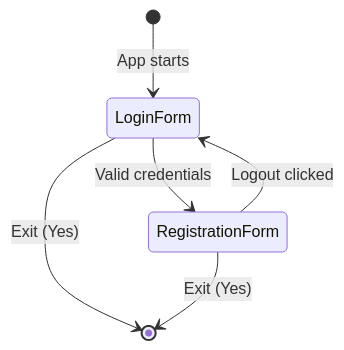
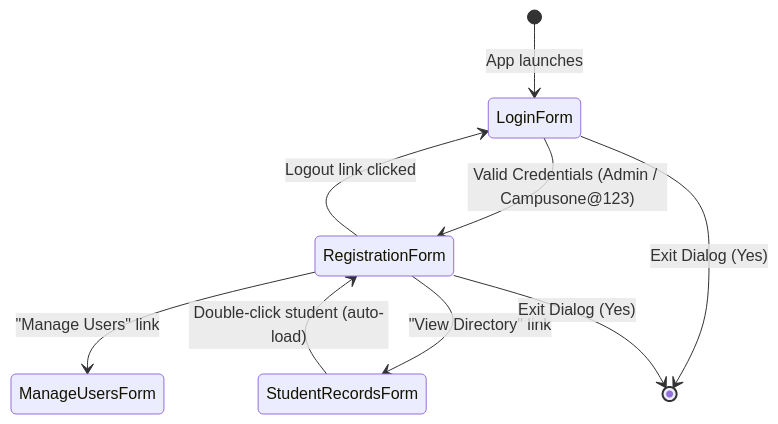
The third of 3 diagrams in docs/ARCHITECTURE.md (DimathJayasinghe/campus-one-digital-academy), drawn with Mermaid before and after one commit. The commit also changed other lines of this file and 14 other files, not shown here.

First line of the commit message:
feat: enhance registration form, add student directory & user management forms

````diff
--- a/docs/ARCHITECTURE.md
+++ b/docs/ARCHITECTURE.md
@@ -92,8 +107,12 @@
 ```mermaid
 stateDiagram-v2
-    [*] --> LoginForm : App starts
-    LoginForm --> RegistrationForm : Valid credentials
-    RegistrationForm --> LoginForm : Logout clicked
-    LoginForm --> [*] : Exit (Yes)
-    RegistrationForm --> [*] : Exit (Yes)
+    [*] --> LoginForm : App launches
+    LoginForm --> RegistrationForm : Valid Credentials (Admin / Campusone@123)
+    LoginForm --> [*] : Exit Dialog (Yes)
+
+    RegistrationForm --> LoginForm : Logout link clicked
+    RegistrationForm --> StudentRecordsForm : "View Directory" link
+    StudentRecordsForm --> RegistrationForm : Double-click student (auto-load)
+    RegistrationForm --> ManageUsersForm : "Manage Users" link
+    RegistrationForm --> [*] : Exit Dialog (Yes)
 ```
````
